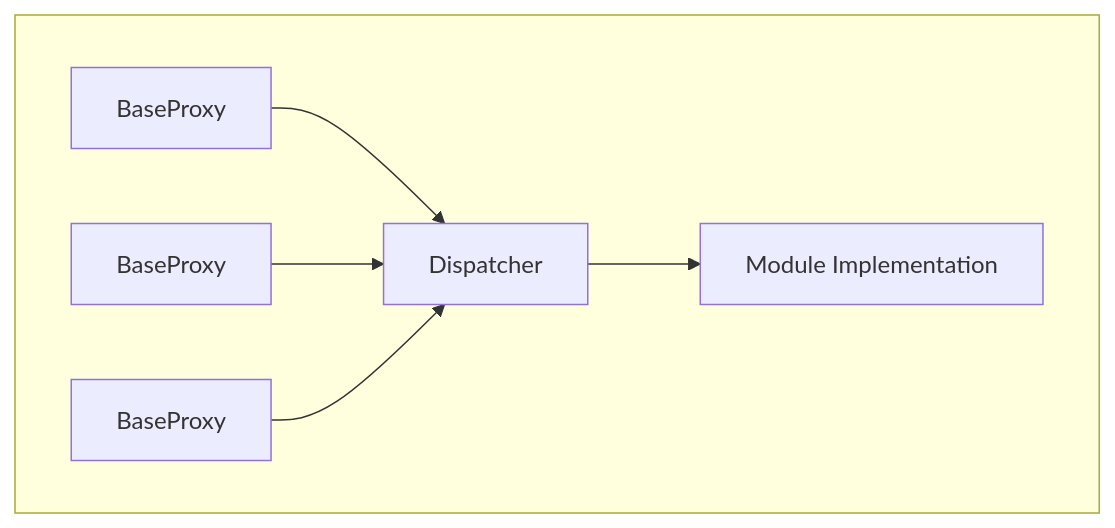
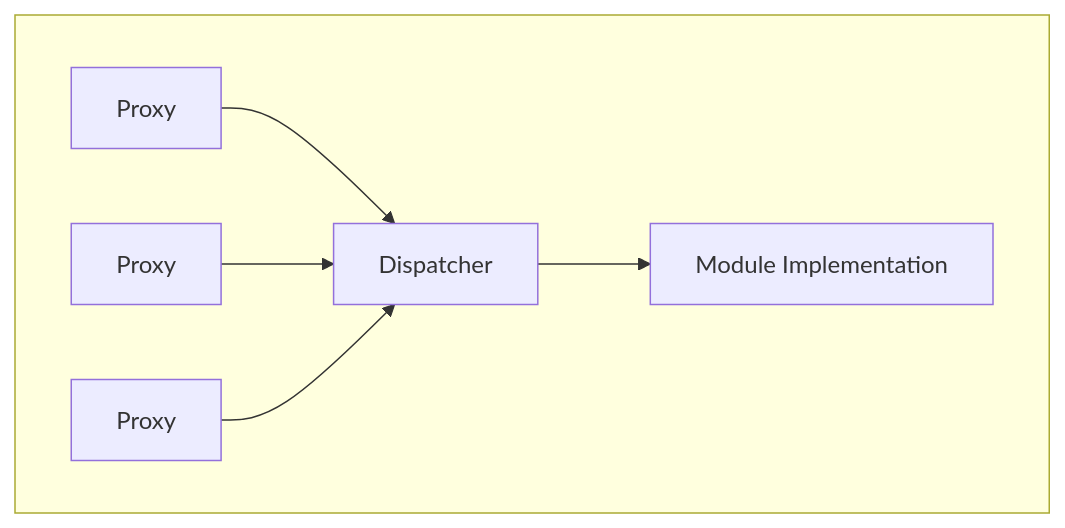
The second of 5 diagrams in docs/IMPLEMENTERS.md (chromaxyz/reflex), drawn with Mermaid before and after one commit. The commit also changed other lines of this file and 47 other files, not shown here.

````diff
--- a/docs/IMPLEMENTERS.md
+++ b/docs/IMPLEMENTERS.md
@@ -49,9 +49,9 @@
 ```mermaid
 graph TD
   subgraph MultiProxy [ ]
-  Proxy1["BaseProxy"] --> Dispatcher
-  Proxy2["BaseProxy"] --> Dispatcher
-  Proxy3["BaseProxy"] --> Dispatcher
+  Proxy1["Proxy"] --> Dispatcher
+  Proxy2["Proxy"] --> Dispatcher
+  Proxy3["Proxy"] --> Dispatcher
   Dispatcher --> Module["Module Implementation"]
   end
 ```
````
